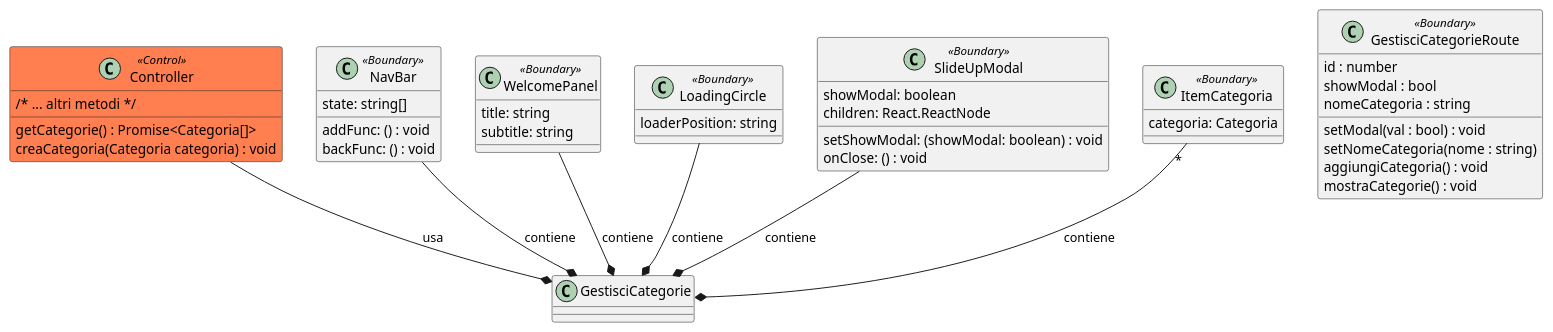
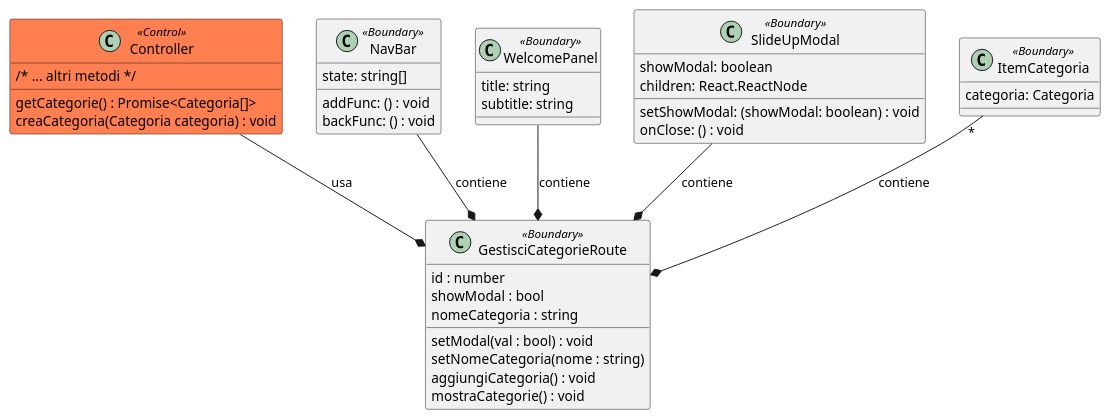
One commit to macro21KGB/Esame-INGSW-22-23 changed the diagram in diagrams/PUML/routes/GestisciCategorie.puml. Above: the diagram before and after it, drawn with PlantUML. The commit also changed 34 other files, not shown here.

```diff
--- a/diagrams/PUML/routes/GestisciCategorie.puml
+++ b/diagrams/PUML/routes/GestisciCategorie.puml
@@ -1,64 +1,60 @@
 @startuml
 
 
 class Controller <<Control>> #coral{
 /* ... altri metodi */
 getCategorie() : Promise<Categoria[]>
 creaCategoria(Categoria categoria) : void 
 }
 
 class GestisciCategorieRoute<<Boundary>> {
  id : number
  showModal : bool
 setModal(val : bool) : void
 nomeCategoria : string 
 setNomeCategoria(nome : string)
 aggiungiCategoria() : void
 mostraCategorie() : void
 
 }
 
 
 class NavBar <<Boundary>> {
 
 	addFunc: () : void
 	backFunc: () : void
 	state: string[]
 }
 
 
 
 class WelcomePanel <<Boundary>> {
 
     title: string
     subtitle: string
 
 }
 
-class LoadingCircle <<Boundary>> {
 
-	loaderPosition: string
-
-}
 
 class SlideUpModal <<Boundary>> {
 
 	showModal: boolean
 	setShowModal: (showModal: boolean) : void
 	children: React.ReactNode
 	onClose: () : void
 
 }
 
 class ItemCategoria <<Boundary>> {
 
     categoria: Categoria
 
 }
-ItemCategoria "*"--* GestisciCategorie: contiene
-SlideUpModal --* GestisciCategorie: contiene
-WelcomePanel--* GestisciCategorie: contiene
-NavBar --* GestisciCategorie: contiene
-LoadingCircle --* GestisciCategorie: contiene
-Controller --* GestisciCategorie: usa
+ItemCategoria "*"--* GestisciCategorieRoute: contiene
+SlideUpModal --* GestisciCategorieRoute: contiene
+WelcomePanel--* GestisciCategorieRoute: contiene
+NavBar --* GestisciCategorieRoute: contiene
+
+Controller --* GestisciCategorieRoute: usa
 @enduml
```
